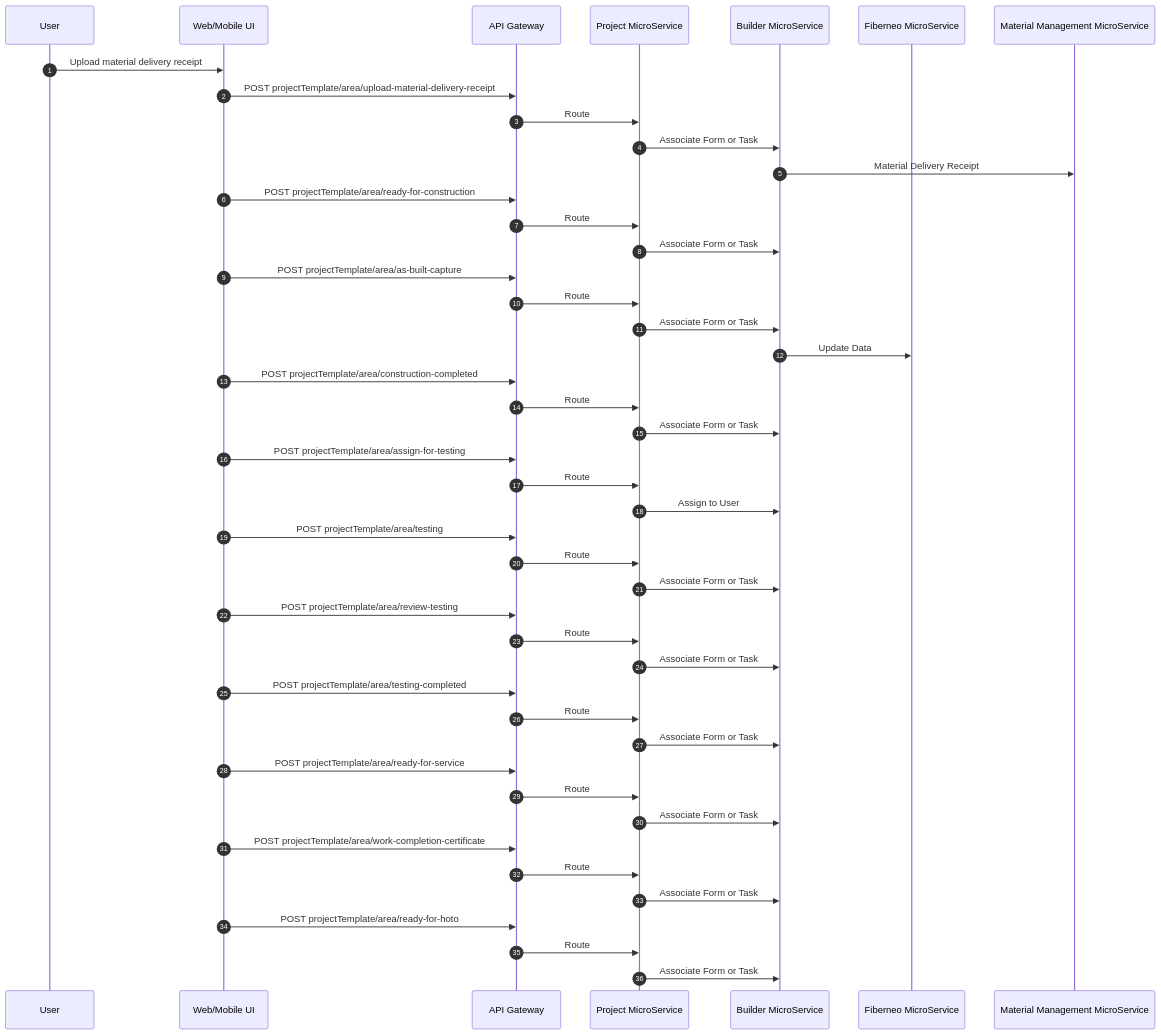
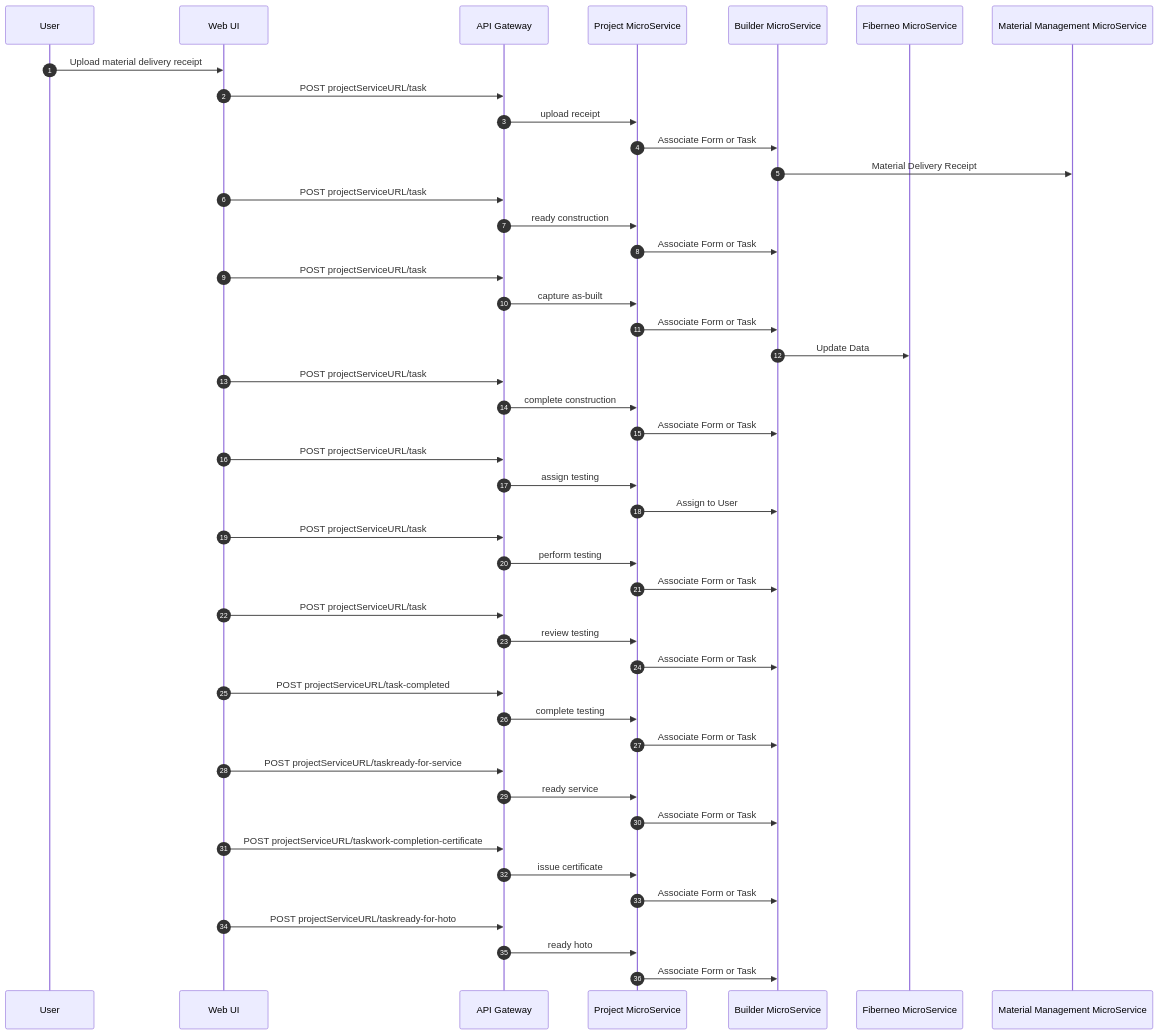
The sixth of 11 diagrams in Fiberneo-Document/LLD/LLD.md (BhavikVisionGit/Fiberneo-Documents), drawn with Mermaid before and after one commit. The commit also changed other lines of this file, not shown here.

````diff
--- a/Fiberneo-Document/LLD/LLD.md
+++ b/Fiberneo-Document/LLD/LLD.md
@@ -368,58 +285,58 @@
 ```mermaid
 sequenceDiagram
   autonumber
   participant U as User
-  participant UI as Web/Mobile UI
+  participant UI as Web UI
   participant GW as API Gateway
   participant PG as Project MicroService
   participant BD as Builder MicroService
   participant FN as Fiberneo MicroService
   participant MM as Material Management MicroService
 
   U->>UI: Upload material delivery receipt
-  UI->>GW: POST projectTemplate/area/upload-material-delivery-receipt
-  GW->>PG: Route
+  UI->>GW: POST projectServiceURL/task
+  GW->>PG: upload receipt
   PG->>BD: Associate Form or Task
   BD->>MM: Material Delivery Receipt
 
-  UI->>GW: POST projectTemplate/area/ready-for-construction
-  GW->>PG: Route
+  UI->>GW: POST projectServiceURL/task
+  GW->>PG: ready construction
   PG->>BD: Associate Form or Task
 
-  UI->>GW: POST projectTemplate/area/as-built-capture
-  GW->>PG: Route
+  UI->>GW: POST projectServiceURL/task
+  GW->>PG: capture as-built
   PG->>BD: Associate Form or Task
   BD->>FN: Update Data
 
-  UI->>GW: POST projectTemplate/area/construction-completed
-  GW->>PG: Route
+  UI->>GW: POST projectServiceURL/task
+  GW->>PG: complete construction
   PG->>BD: Associate Form or Task
 
-  UI->>GW: POST projectTemplate/area/assign-for-testing
-  GW->>PG: Route
+  UI->>GW: POST projectServiceURL/task
+  GW->>PG: assign testing
   PG->>BD: Assign to User
 
-  UI->>GW: POST projectTemplate/area/testing
-  GW->>PG: Route
+  UI->>GW: POST projectServiceURL/task
+  GW->>PG: perform testing
   PG->>BD: Associate Form or Task
 
-  UI->>GW: POST projectTemplate/area/review-testing
-  GW->>PG: Route
+  UI->>GW: POST projectServiceURL/task
+  GW->>PG: review testing
   PG->>BD: Associate Form or Task
 
-  UI->>GW: POST projectTemplate/area/testing-completed
-  GW->>PG: Route
+  UI->>GW: POST projectServiceURL/task-completed
+  GW->>PG: complete testing
   PG->>BD: Associate Form or Task
 
-  UI->>GW: POST projectTemplate/area/ready-for-service
-  GW->>PG: Route
+  UI->>GW: POST projectServiceURL/taskready-for-service
+  GW->>PG: ready service
   PG->>BD: Associate Form or Task
 
-  UI->>GW: POST projectTemplate/area/work-completion-certificate
-  GW->>PG: Route
+  UI->>GW: POST projectServiceURL/taskwork-completion-certificate
+  GW->>PG: issue certificate
   PG->>BD: Associate Form or Task
 
-  UI->>GW: POST projectTemplate/area/ready-for-hoto
-  GW->>PG: Route
+  UI->>GW: POST projectServiceURL/taskready-for-hoto
+  GW->>PG: ready hoto
   PG->>BD: Associate Form or Task
 ```
````
